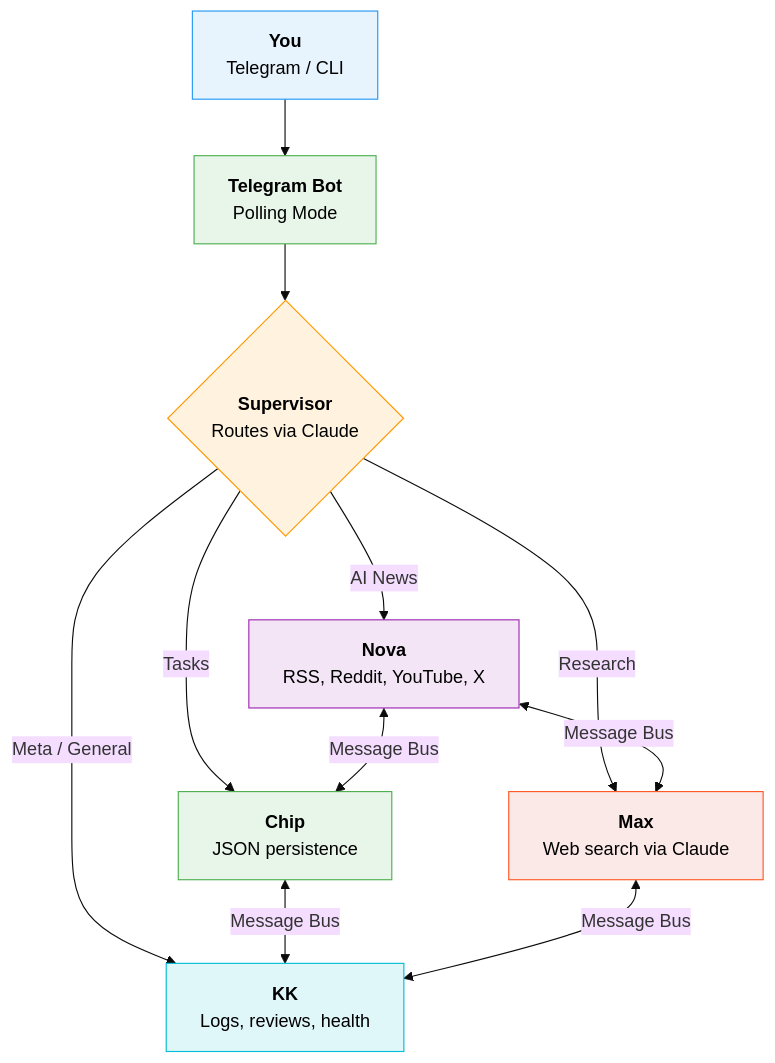
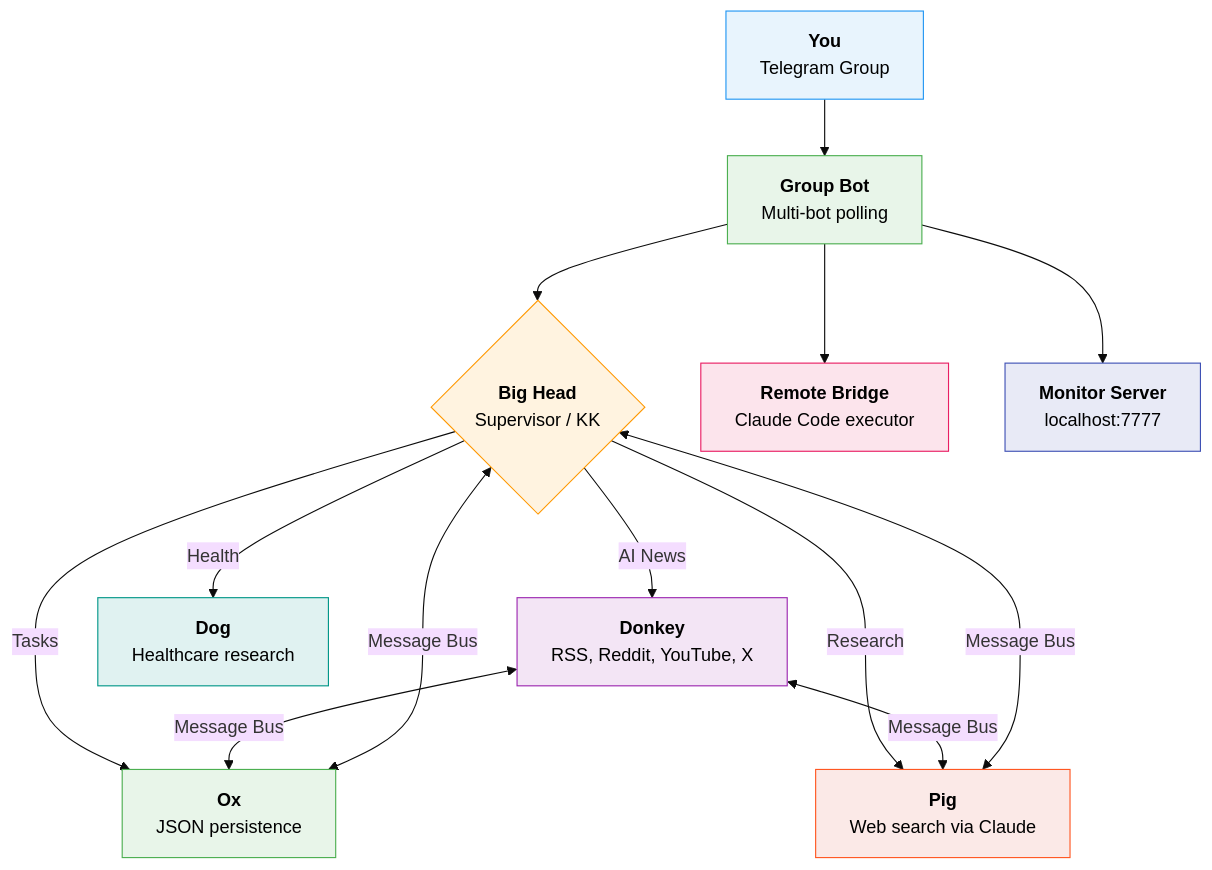
One commit to jiaqi961210/ai-agent-hub changed the diagram in README.md. Above: the diagram before and after it, drawn with Mermaid (base theme). The commit also changed other lines of this file, not shown here.

````diff
--- a/README.md
+++ b/README.md
@@ -75,21 +87,25 @@
 ```mermaid
 graph TD
-    U["<b>You</b><br/>Telegram / CLI"] --> T["<b>Telegram Bot</b><br/>Polling Mode"]
-    T --> S{"<b>Supervisor</b><br/>Routes via Claude"}
-    S -->|AI News| N["<b>Nova</b> <br/> RSS, Reddit, YouTube, X"]
-    S -->|Tasks| C["<b>Chip</b> <br/> JSON persistence"]
-    S -->|Research| M["<b>Max</b> <br/> Web search via Claude"]
-    S -->|Meta / General| K["<b>KK</b> <br/> Logs, reviews, health"]
-    N <-->|Message Bus| C
-    N <-->|Message Bus| M
-    C <-->|Message Bus| K
-    M <-->|Message Bus| K
+    U["<b>You</b><br/>Telegram Group"] --> T["<b>Group Bot</b><br/>Multi-bot polling"]
+    T --> S{"<b>Big Head</b><br/>Supervisor / KK"}
+    S -->|AI News| D["<b>Donkey</b> <br/> RSS, Reddit, YouTube, X"]
+    S -->|Tasks| O["<b>Ox</b> <br/> JSON persistence"]
+    S -->|Research| P["<b>Pig</b> <br/> Web search via Claude"]
+    S -->|Health| G["<b>Dog</b> <br/> Healthcare research"]
+    D <-->|Message Bus| O
+    D <-->|Message Bus| P
+    O <-->|Message Bus| S
+    P <-->|Message Bus| S
+    T --> RB["<b>Remote Bridge</b><br/>Claude Code executor"]
+    T --> MS["<b>Monitor Server</b><br/>localhost:7777"]
 
     style U fill:#E8F4FD,stroke:#2196F3,color:#000
     style T fill:#E8F5E9,stroke:#4CAF50,color:#000
     style S fill:#FFF3E0,stroke:#FF9800,color:#000
-    style N fill:#F3E5F5,stroke:#9C27B0,color:#000
-    style C fill:#E8F5E9,stroke:#4CAF50,color:#000
-    style M fill:#FBE9E7,stroke:#FF5722,color:#000
-    style K fill:#E0F7FA,stroke:#00BCD4,color:#000
+    style D fill:#F3E5F5,stroke:#9C27B0,color:#000
+    style O fill:#E8F5E9,stroke:#4CAF50,color:#000
+    style P fill:#FBE9E7,stroke:#FF5722,color:#000
+    style G fill:#E0F2F1,stroke:#009688,color:#000
+    style RB fill:#FCE4EC,stroke:#E91E63,color:#000
+    style MS fill:#E8EAF6,stroke:#3F51B5,color:#000
 ```
````
